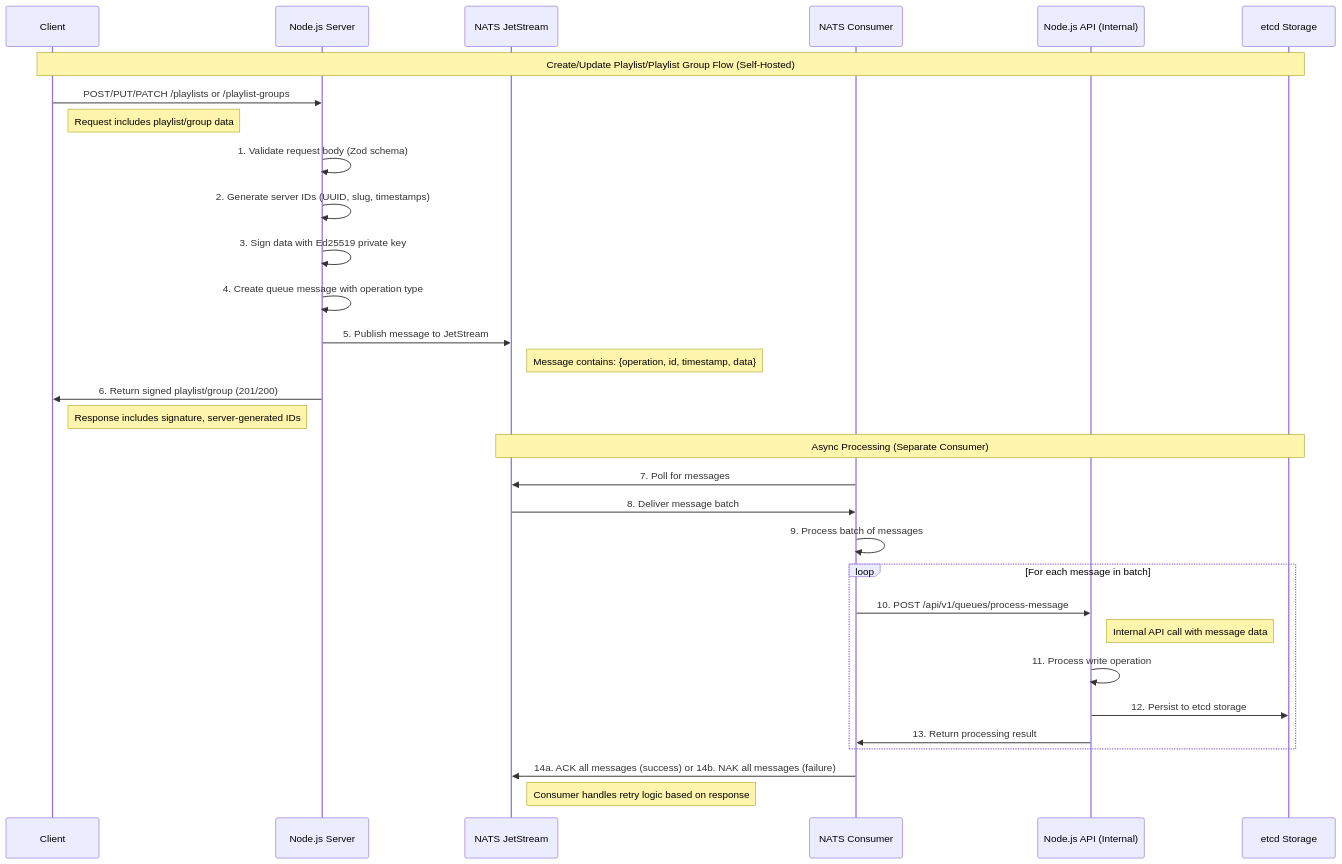
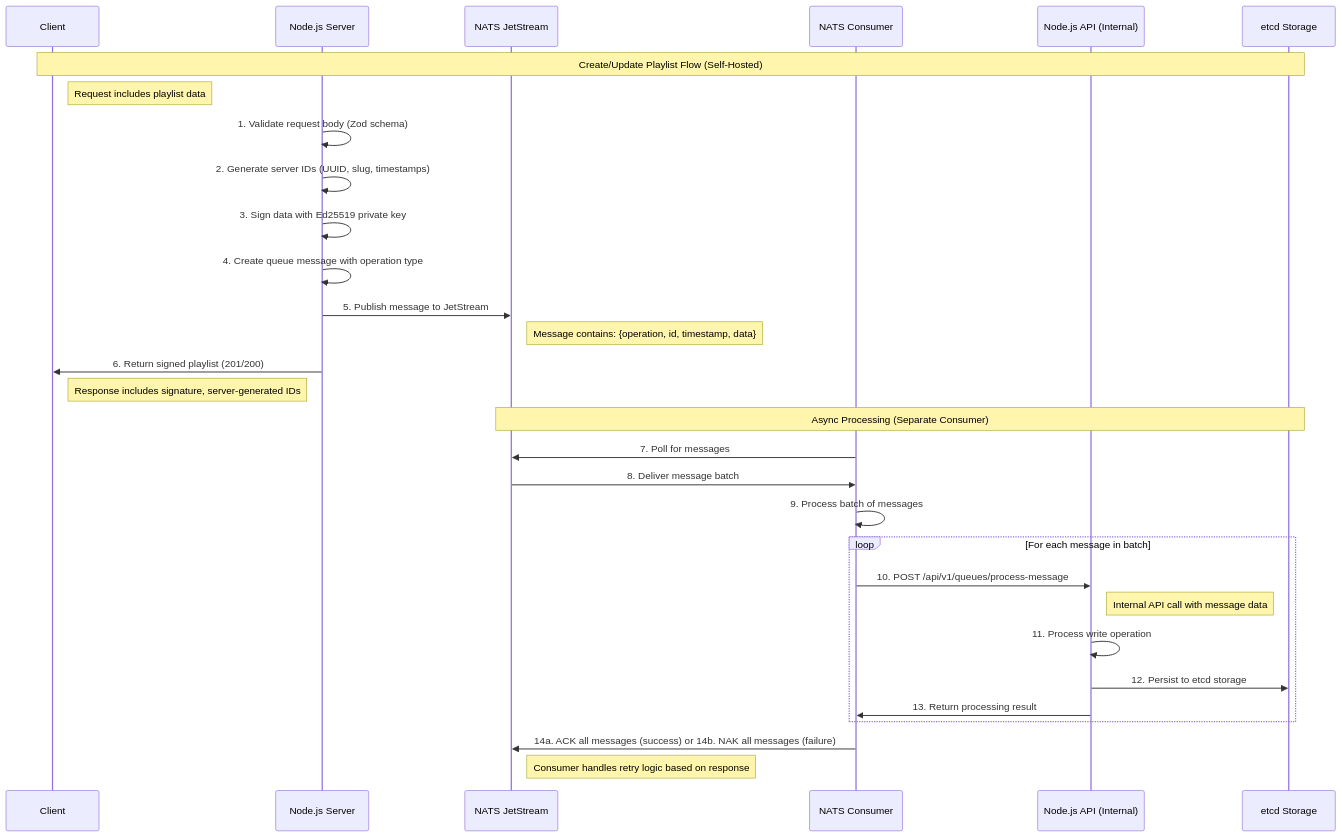
Before and after one commit to feral-file/dp1-feed: the second of 6 diagrams in DIAGRAM.md, drawn with Mermaid. The commit also changed other lines of this file and 32 other files, not shown here.

Commit message:
remove playlist group entity

````diff
--- a/DIAGRAM.md
+++ b/DIAGRAM.md
@@ -71,42 +71,41 @@
 ```mermaid
 sequenceDiagram
     participant Client
     participant Node_Server as Node.js Server
     participant NATS_JS as NATS JetStream
     participant NATS_Consumer as NATS Consumer
     participant Node_API as Node.js API (Internal)
     participant ETCD as etcd Storage
 
-    Note over Client,ETCD: Create/Update Playlist/Playlist Group Flow (Self-Hosted)
+    Note over Client,ETCD: Create/Update Playlist Flow (Self-Hosted)
 
-    Client->>Node_Server: POST/PUT/PATCH /playlists or /playlist-groups
-    Note right of Client: Request includes playlist/group data
+    Note right of Client: Request includes playlist data
 
     Node_Server->>Node_Server: 1. Validate request body (Zod schema)
     Node_Server->>Node_Server: 2. Generate server IDs (UUID, slug, timestamps)
     Node_Server->>Node_Server: 3. Sign data with Ed25519 private key
     Node_Server->>Node_Server: 4. Create queue message with operation type
 
     Node_Server->>NATS_JS: 5. Publish message to JetStream
     Note right of NATS_JS: Message contains: {operation, id, timestamp, data}
 
-    Node_Server->>Client: 6. Return signed playlist/group (201/200)
+    Node_Server->>Client: 6. Return signed playlist (201/200)
     Note right of Client: Response includes signature, server-generated IDs
 
     Note over NATS_JS,ETCD: Async Processing (Separate Consumer)
 
     NATS_Consumer->>NATS_JS: 7. Poll for messages
     NATS_JS->>NATS_Consumer: 8. Deliver message batch
     NATS_Consumer->>NATS_Consumer: 9. Process batch of messages
 
     loop For each message in batch
         NATS_Consumer->>Node_API: 10. POST /api/v1/queues/process-message
         Note right of Node_API: Internal API call with message data
         Node_API->>Node_API: 11. Process write operation
         Node_API->>ETCD: 12. Persist to etcd storage
         Node_API->>NATS_Consumer: 13. Return processing result
     end
 
     NATS_Consumer->>NATS_JS: 14a. ACK all messages (success) or 14b. NAK all messages (failure)
     Note right of NATS_JS: Consumer handles retry logic based on response
 ```
````
